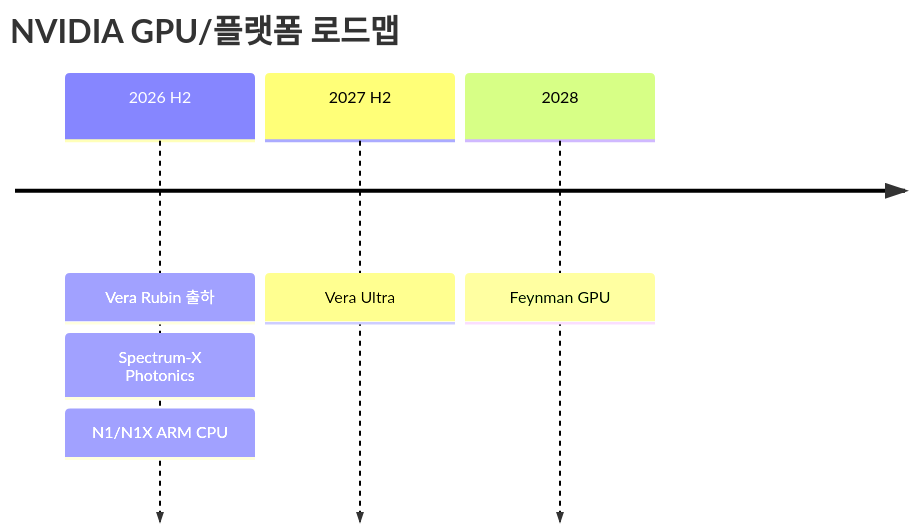
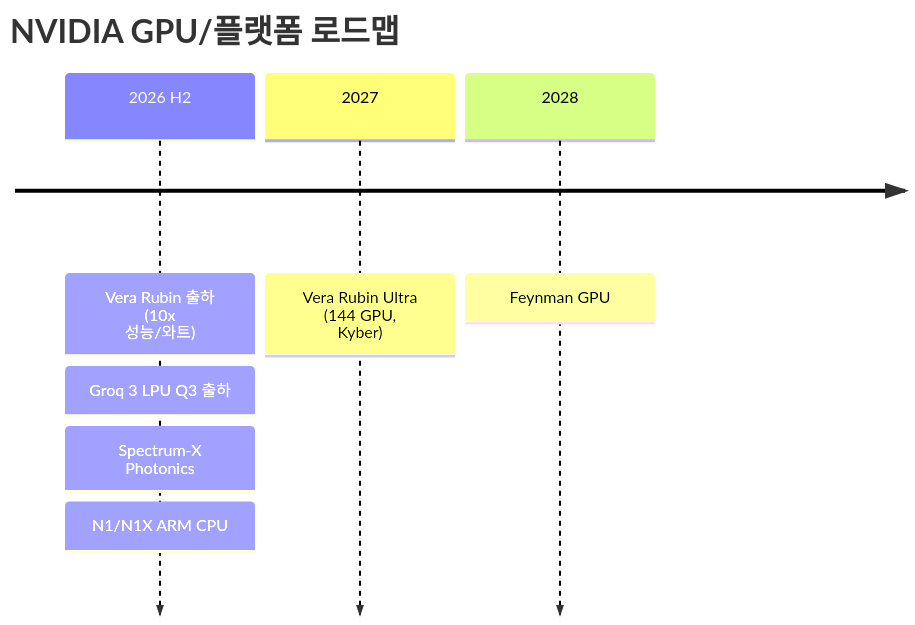
The first of 4 diagrams in _posts/knowledge/invest/2026-01-21-semiconductor-sector-outlook-2026.md (dss99911/dss99911.github.io), drawn with Mermaid before and after one commit. The commit also changed other lines of this file and 1 other file, not shown here.

````diff
--- a/_posts/knowledge/invest/2026-01-21-semiconductor-sector-outlook-2026.md
+++ b/_posts/knowledge/invest/2026-01-21-semiconductor-sector-outlook-2026.md
@@ -82,9 +96,10 @@
 ```mermaid
 timeline
     title NVIDIA GPU/플랫폼 로드맵
-    2026 H2 : Vera Rubin 출하
+    2026 H2 : Vera Rubin 출하 #40;10x 성능/와트#41;
+             : Groq 3 LPU Q3 출하
              : Spectrum-X Photonics
              : N1/N1X ARM CPU
-    2027 H2 : Vera Ultra
+    2027    : Vera Rubin Ultra #40;144 GPU, Kyber#41;
     2028    : Feynman GPU
 ```
````
